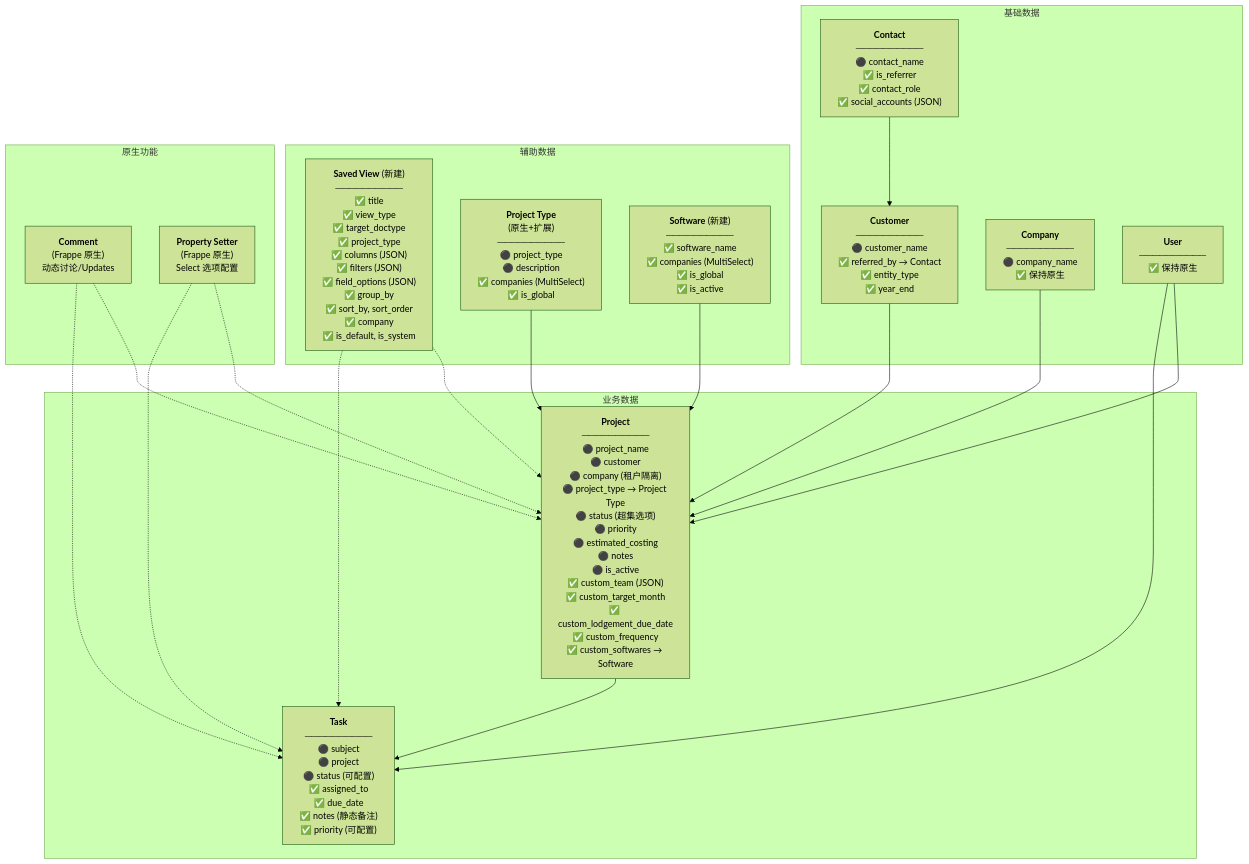
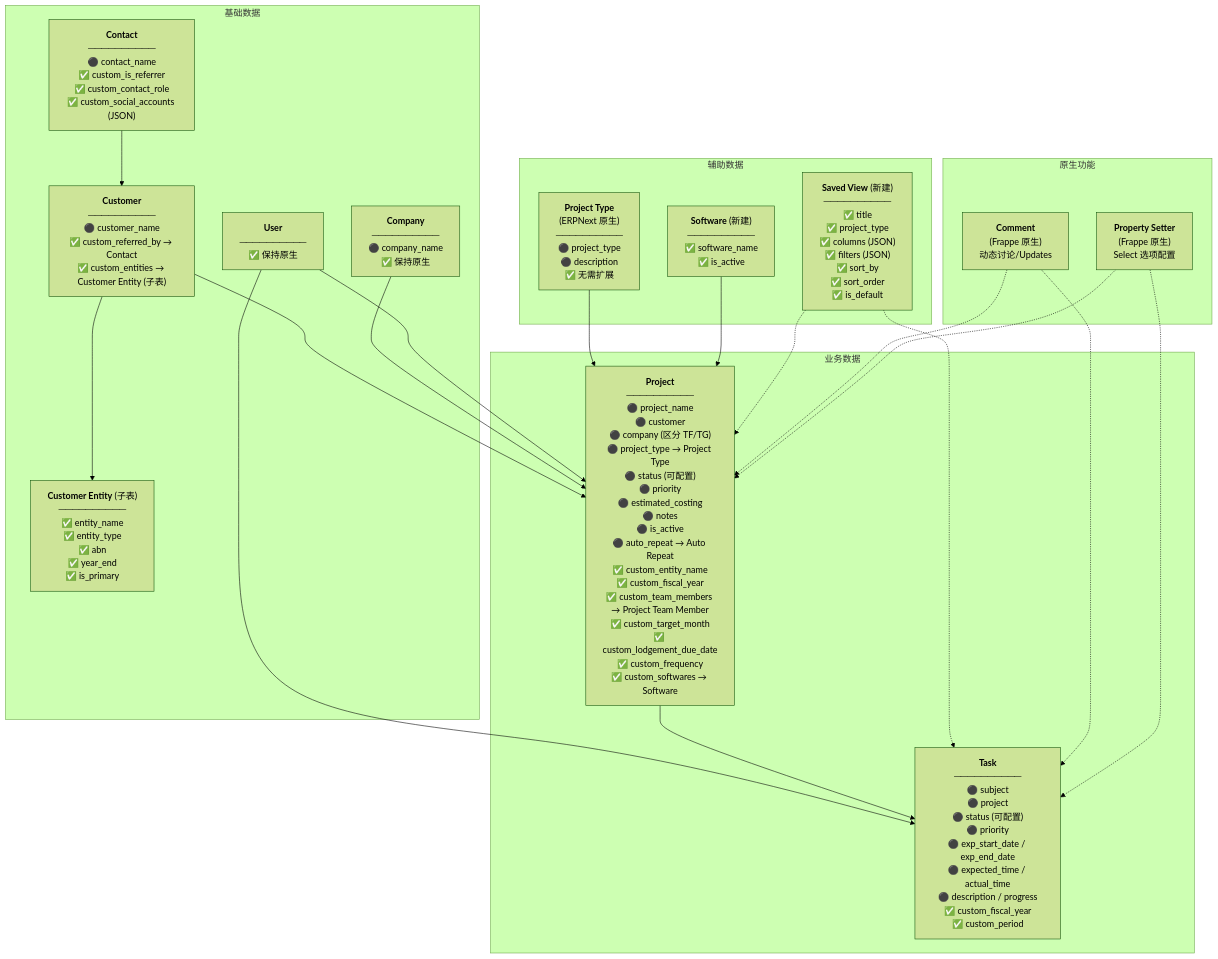
Before and after one commit to Top-Figures-Business-Solution-Pty-Ltd/Smart-Accounting-SaaS-Platform: the third of 4 diagrams in docs/A_Data_Model_Assessment.md, drawn with Mermaid (forest theme). The commit also changed other lines of this file and 134 other files, not shown here.

````diff
--- a/docs/A_Data_Model_Assessment.md
+++ b/docs/A_Data_Model_Assessment.md
@@ -120,48 +272,51 @@
 ```mermaid
 flowchart TB
     subgraph 基础数据
-        CUSTOMER["<b>Customer</b><br/>──────────<br/>⚫ customer_name<br/>✅ referred_by → Contact<br/>✅ entity_type<br/>✅ year_end"]
+        CUSTOMER["<b>Customer</b><br/>──────────<br/>⚫ customer_name<br/>✅ custom_referred_by → Contact<br/>✅ custom_entities → Customer Entity (子表)"]
         
-        CONTACT["<b>Contact</b><br/>──────────<br/>⚫ contact_name<br/>✅ is_referrer<br/>✅ contact_role<br/>✅ social_accounts (JSON)"]
+        CONTACT["<b>Contact</b><br/>──────────<br/>⚫ contact_name<br/>✅ custom_is_referrer<br/>✅ custom_contact_role<br/>✅ custom_social_accounts (JSON)"]
+        
+        CUST_ENTITY["<b>Customer Entity</b> (子表)<br/>──────────<br/>✅ entity_name<br/>✅ entity_type<br/>✅ abn<br/>✅ year_end<br/>✅ is_primary"]
         
         COMPANY["<b>Company</b><br/>──────────<br/>⚫ company_name<br/>✅ 保持原生"]
         
         USER["<b>User</b><br/>──────────<br/>✅ 保持原生"]
     end
     
     subgraph 业务数据
-        PROJ["<b>Project</b><br/>──────────<br/>⚫ project_name<br/>⚫ customer<br/>⚫ company (租户隔离)<br/>⚫ project_type → Project Type<br/>⚫ status (超集选项)<br/>⚫ priority<br/>⚫ estimated_costing<br/>⚫ notes<br/>⚫ is_active<br/>✅ custom_team (JSON)<br/>✅ custom_target_month<br/>✅ custom_lodgement_due_date<br/>✅ custom_frequency<br/>✅ custom_softwares → Software"]
+        PROJ["<b>Project</b><br/>──────────<br/>⚫ project_name<br/>⚫ customer<br/>⚫ company (区分 TF/TG)<br/>⚫ project_type → Project Type<br/>⚫ status (可配置)<br/>⚫ priority<br/>⚫ estimated_costing<br/>⚫ notes<br/>⚫ is_active<br/>⚫ auto_repeat → Auto Repeat<br/>✅ custom_entity_name<br/>✅ custom_fiscal_year<br/>✅ custom_team_members → Project Team Member<br/>✅ custom_target_month<br/>✅ custom_lodgement_due_date<br/>✅ custom_frequency<br/>✅ custom_softwares → Software"]
         
-        TASK["<b>Task</b><br/>──────────<br/>⚫ subject<br/>⚫ project<br/>⚫ status (可配置)<br/>✅ assigned_to<br/>✅ due_date<br/>✅ notes (静态备注)<br/>✅ priority (可配置)"]
+        TASK["<b>Task</b><br/>──────────<br/>⚫ subject<br/>⚫ project<br/>⚫ status (可配置)<br/>⚫ priority<br/>⚫ exp_start_date / exp_end_date<br/>⚫ expected_time / actual_time<br/>⚫ description / progress<br/>✅ custom_fiscal_year<br/>✅ custom_period"]
     end
     
     subgraph 辅助数据
-        SV["<b>Saved View</b> (新建)<br/>──────────<br/>✅ title<br/>✅ view_type<br/>✅ target_doctype<br/>✅ project_type<br/>✅ columns (JSON)<br/>✅ filters (JSON)<br/>✅ field_options (JSON)<br/>✅ group_by<br/>✅ sort_by, sort_order<br/>✅ company<br/>✅ is_default, is_system"]
+        SV["<b>Saved View</b> (新建)<br/>──────────<br/>✅ title<br/>✅ project_type<br/>✅ columns (JSON)<br/>✅ filters (JSON)<br/>✅ sort_by<br/>✅ sort_order<br/>✅ is_default"]
         
-        PT["<b>Project Type</b><br/>(原生+扩展)<br/>──────────<br/>⚫ project_type<br/>⚫ description<br/>✅ companies (MultiSelect)<br/>✅ is_global"]
+        PT["<b>Project Type</b><br/>(ERPNext 原生)<br/>──────────<br/>⚫ project_type<br/>⚫ description<br/>✅ 无需扩展"]
         
-        SW["<b>Software</b> (新建)<br/>──────────<br/>✅ software_name<br/>✅ companies (MultiSelect)<br/>✅ is_global<br/>✅ is_active"]
+        SW["<b>Software</b> (新建)<br/>──────────<br/>✅ software_name<br/>✅ is_active"]
     end
     
     subgraph 原生功能
         CMT["<b>Comment</b><br/>(Frappe 原生)<br/>动态讨论/Updates"]
         PS["<b>Property Setter</b><br/>(Frappe 原生)<br/>Select 选项配置"]
     end
     
     CONTACT --> CUSTOMER
+    CUSTOMER --> CUST_ENTITY
     CUSTOMER --> PROJ
     COMPANY --> PROJ
     USER --> PROJ
     USER --> TASK
     PROJ --> TASK
     
     PT --> PROJ
     SW --> PROJ
     
     SV -.-> PROJ
     SV -.-> TASK
     CMT -.-> PROJ
     CMT -.-> TASK
     PS -.-> PROJ
     PS -.-> TASK
 ```
````
